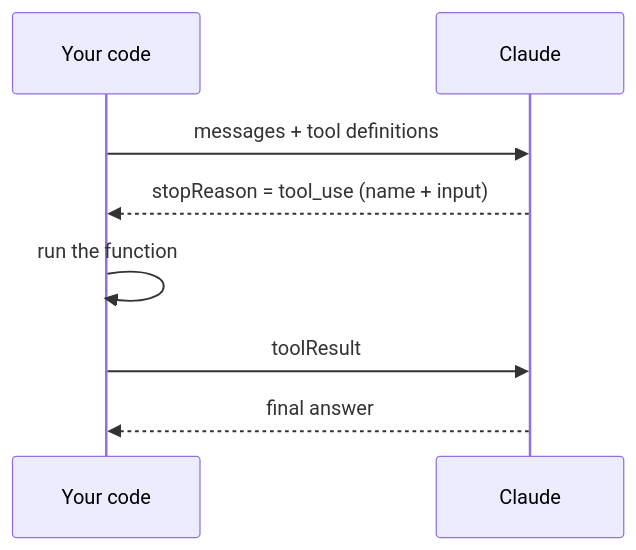
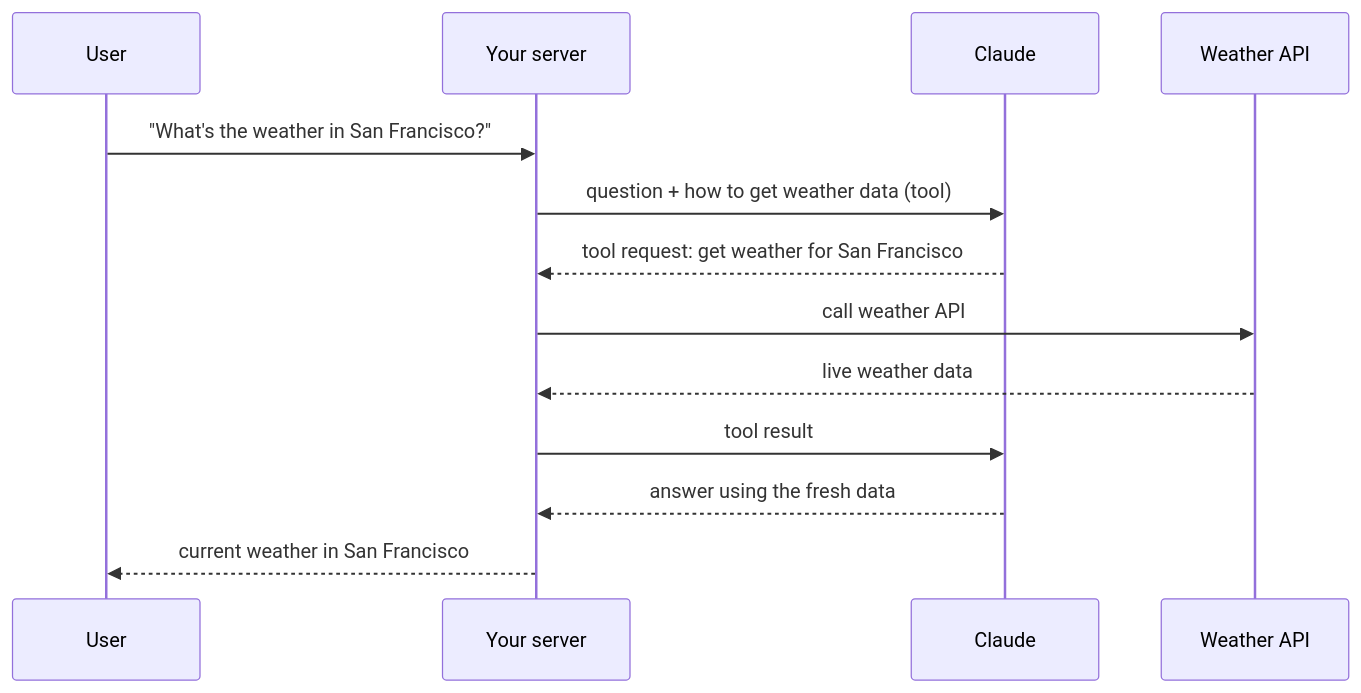
One commit to AntonioDiaz/claude-in-amazon-bedrock changed the diagram in module-4-tool-use.md. Above: the diagram before and after it, drawn with Mermaid. The commit also changed other lines of this file, not shown here.

Commit message:
module 4: Introducing tool use..

````diff
--- a/module-4-tool-use.md
+++ b/module-4-tool-use.md
@@ -29,10 +44,15 @@
 ```mermaid
 sequenceDiagram
-    participant A as Your code
+    participant U as User
+    participant S as Your server
     participant C as Claude
-    A->>C: messages + tool definitions
-    C-->>A: stopReason = tool_use (name + input)
-    A->>A: run the function
-    A->>C: toolResult
-    C-->>A: final answer
+    participant W as Weather API
+    U->>S: "What's the weather in San Francisco?"
+    S->>C: question + how to get weather data (tool)
+    C-->>S: tool request: get weather for San Francisco
+    S->>W: call weather API
+    W-->>S: live weather data
+    S->>C: tool result
+    C-->>S: answer using the fresh data
+    S-->>U: current weather in San Francisco
 ```
````
